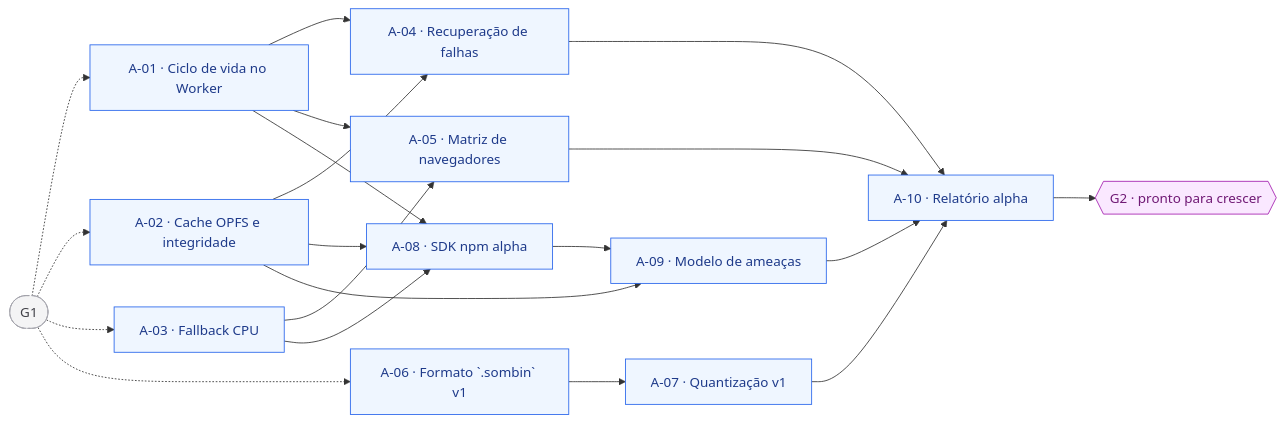
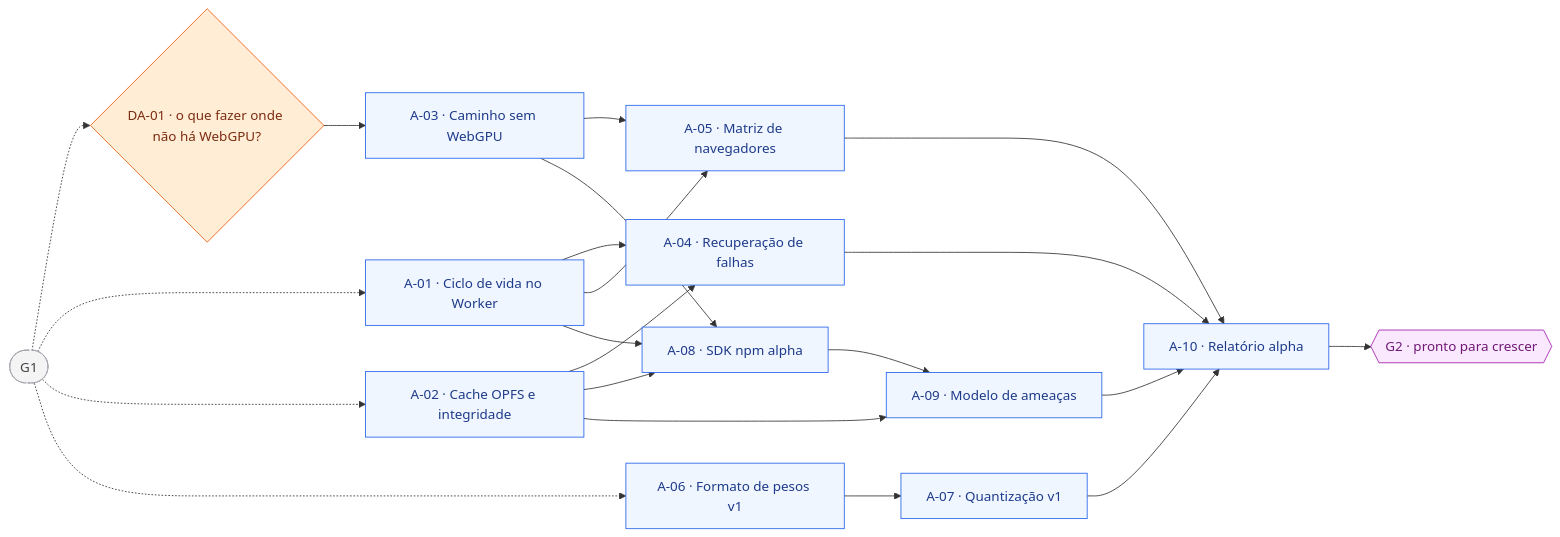
Before and after one commit to frederico-kluser/som-webcore: the sixth of 10 diagrams in ROADMAP.md, drawn with Mermaid. The commit also changed other lines of this file and 6 other files, not shown here.

First line of the commit message:
docs(roadmap): modelos maiores sem travas de memória (#31)

````diff
--- a/ROADMAP.md
+++ b/ROADMAP.md
@@ -869,42 +1358,44 @@
 ```mermaid
 flowchart LR
     G1(["G1"]):::ext
+    DA01{"DA-01 · o que fazer onde não há WebGPU?"}:::fork
     A01["A-01 · Ciclo de vida no Worker"]:::todo
     A02["A-02 · Cache OPFS e integridade"]:::todo
-    A03["A-03 · Fallback CPU"]:::todo
-    A06["A-06 · Formato `.sombin` v1"]:::todo
+    A06["A-06 · Formato de pesos v1"]:::todo
+    A03["A-03 · Caminho sem WebGPU"]:::todo
     A04["A-04 · Recuperação de falhas"]:::todo
+    A07["A-07 · Quantização v1"]:::todo
     A05["A-05 · Matriz de navegadores"]:::todo
     A08["A-08 · SDK npm alpha"]:::todo
-    A07["A-07 · Quantização v1"]:::todo
     A09["A-09 · Modelo de ameaças"]:::todo
     A10["A-10 · Relatório alpha"]:::todo
     G2{{"G2 · pronto para crescer"}}:::gate
+    G1 -.-> DA01
     G1 -.-> A01
     G1 -.-> A02
-    G1 -.-> A03
     G1 -.-> A06
+    DA01 --> A03
     A01 --> A04
     A02 --> A04
+    A06 --> A07
     A01 --> A05
     A03 --> A05
     A01 --> A08
     A02 --> A08
     A03 --> A08
-    A06 --> A07
     A02 --> A09
     A08 --> A09
     A04 --> A10
     A05 --> A10
     A07 --> A10
     A09 --> A10
     A10 --> G2
     classDef done fill:#dcfce7,stroke:#16a34a,color:#14532d;
     classDef doing fill:#fef9c3,stroke:#ca8a04,color:#713f12;
     classDef todo fill:#eff6ff,stroke:#2563eb,color:#1e3a8a;
     classDef gate fill:#fae8ff,stroke:#a21caf,color:#701a75;
     classDef fork fill:#ffedd5,stroke:#ea580c,color:#7c2d12;
     classDef opt fill:#f8fafc,stroke:#64748b,color:#334155,stroke-dasharray: 5 4;
     classDef off fill:#f4f4f5,stroke:#d4d4d8,color:#a1a1aa;
     classDef ext fill:#f4f4f5,stroke:#a1a1aa,color:#3f3f46,stroke-dasharray: 4 3;
 ```
````
